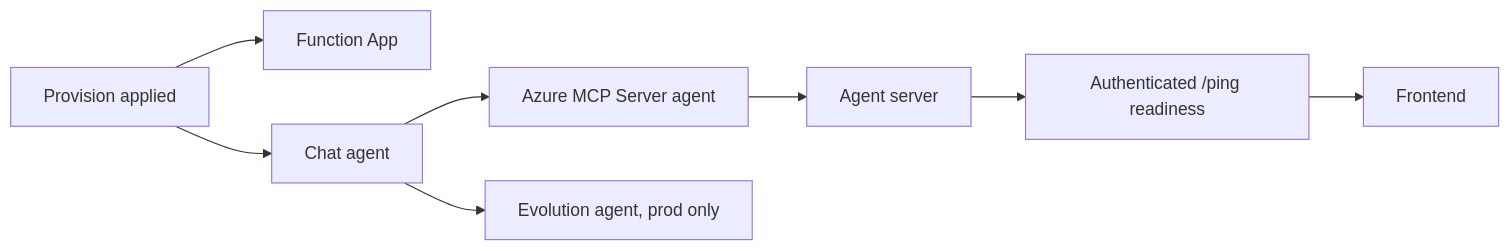
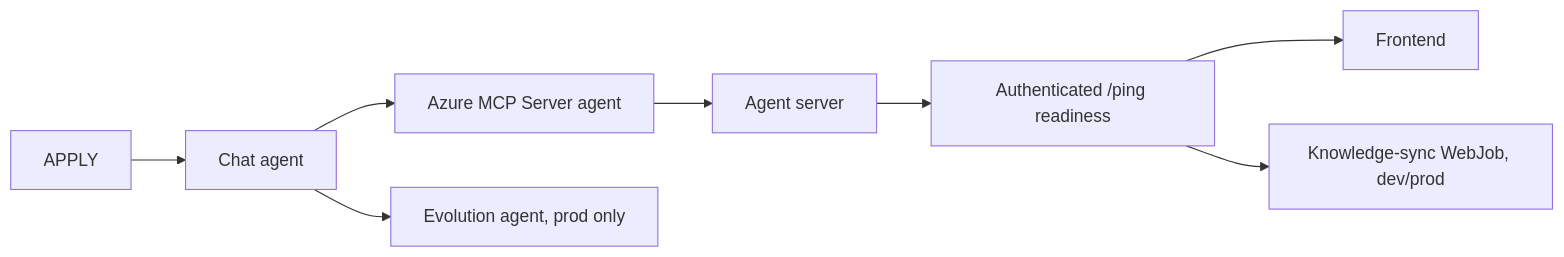
Before and after one commit to Azure/azure-sdk-tools: the third of 4 diagrams in tools/sdk-ai-bots/deployment/docs/deployment-architecture.md, drawn with Mermaid. The commit also changed other lines of this file and 51 other files, not shown here.

````diff
--- a/tools/sdk-ai-bots/deployment/docs/deployment-architecture.md
+++ b/tools/sdk-ai-bots/deployment/docs/deployment-architecture.md
@@ -87,10 +81,10 @@
 ```mermaid
 flowchart LR
-  APPLY[Provision applied] --> FUNCTION[Function App]
   APPLY --> AGENT[Chat agent]
   AGENT --> MCP[Azure MCP Server agent]
   MCP --> SERVER[Agent server]
   AGENT --> EVOLUTION[Evolution agent, prod only]
   SERVER --> READY[Authenticated /ping readiness]
   READY --> FRONTEND[Frontend]
+  READY --> SYNC[Knowledge-sync WebJob, dev/prod]
 ```
````
